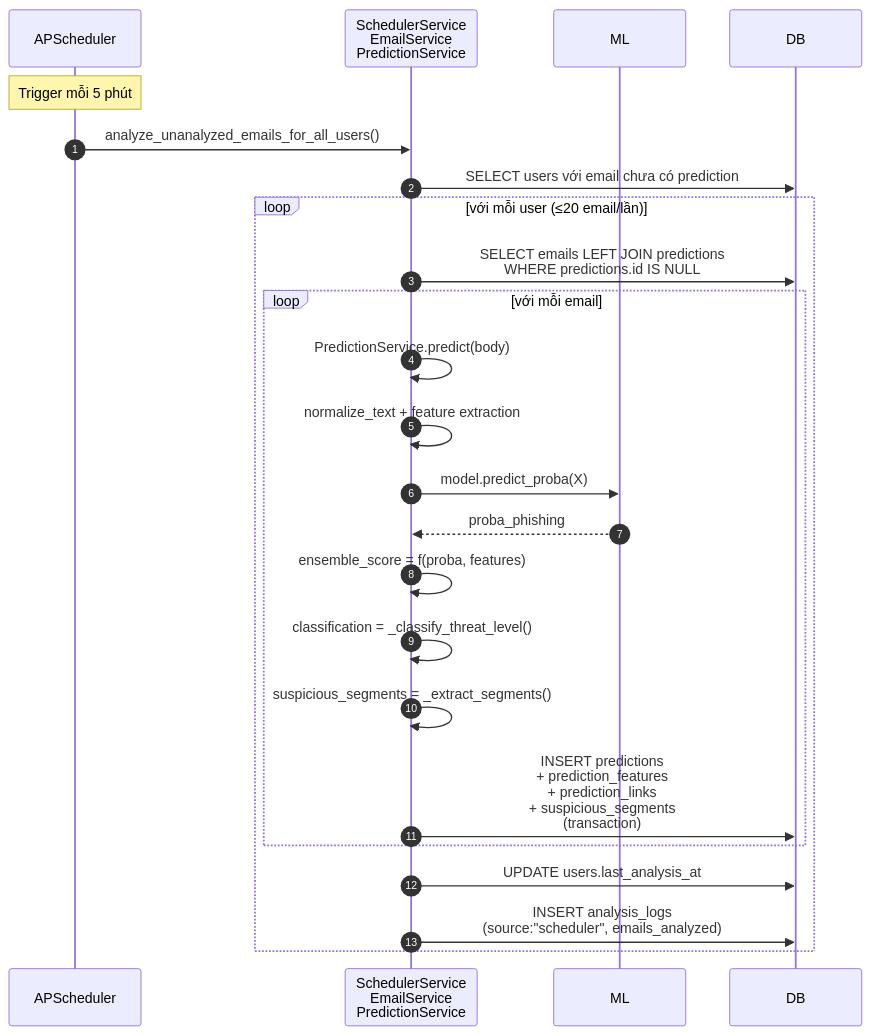
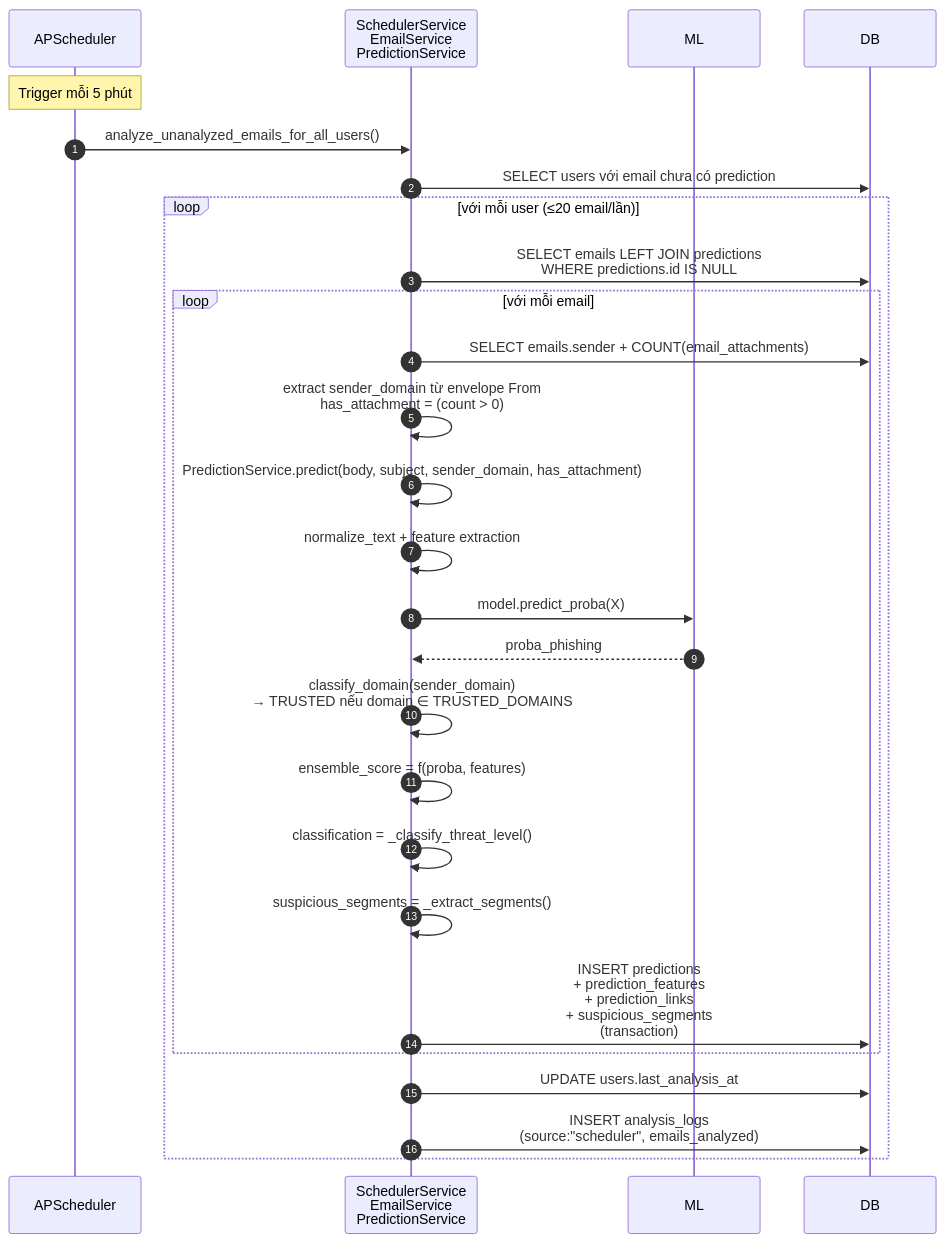
One commit to jackorofrobert/Final_Project_FPTU changed the sixth of 16 diagrams in docs/SEQUENCE_DIAGRAMS.md. Above: the diagram before and after it, drawn with Mermaid. The commit also changed other lines of this file and 8 other files, not shown here.

Commit message:
feat: implement VirusTotal attachment scanning pipeline and integrate attachment processing into mail service

````diff
--- a/docs/SEQUENCE_DIAGRAMS.md
+++ b/docs/SEQUENCE_DIAGRAMS.md
@@ -203,27 +218,30 @@
 ```mermaid
 sequenceDiagram
     autonumber
     participant Scheduler as APScheduler
     participant Svc as SchedulerService<br/>EmailService<br/>PredictionService
     participant ML
     participant DB
 
     Note over Scheduler: Trigger mỗi 5 phút
     Scheduler->>Svc: analyze_unanalyzed_emails_for_all_users()
     Svc->>DB: SELECT users với email chưa có prediction
     loop với mỗi user (≤20 email/lần)
         Svc->>DB: SELECT emails LEFT JOIN predictions<br/>WHERE predictions.id IS NULL
         loop với mỗi email
-            Svc->>Svc: PredictionService.predict(body)
+            Svc->>DB: SELECT emails.sender + COUNT(email_attachments)
+            Svc->>Svc: extract sender_domain từ envelope From<br/>has_attachment = (count > 0)
+            Svc->>Svc: PredictionService.predict(body, subject, sender_domain, has_attachment)
             Svc->>Svc: normalize_text + feature extraction
             Svc->>ML: model.predict_proba(X)
             ML-->>Svc: proba_phishing
+            Svc->>Svc: classify_domain(sender_domain)<br/>→ TRUSTED nếu domain ∈ TRUSTED_DOMAINS
             Svc->>Svc: ensemble_score = f(proba, features)
             Svc->>Svc: classification = _classify_threat_level()
             Svc->>Svc: suspicious_segments = _extract_segments()
             Svc->>DB: INSERT predictions<br/>+ prediction_features<br/>+ prediction_links<br/>+ suspicious_segments<br/>(transaction)
         end
         Svc->>DB: UPDATE users.last_analysis_at
         Svc->>DB: INSERT analysis_logs<br/>(source:"scheduler", emails_analyzed)
     end
 ```
````
